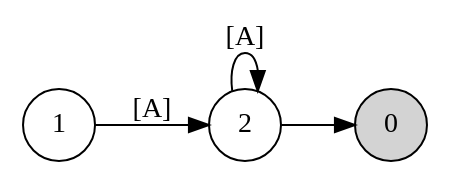
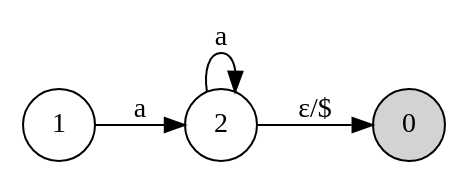
The diagram in doc/dot/classplus.dot (rdentato/yrx), drawn with Graphviz before and after one commit. The commit also changed 8 other files, not shown here.

```diff
--- a/doc/dot/classplus.dot
+++ b/doc/dot/classplus.dot
@@ -1,8 +1,8 @@
 digraph finite_state_machine {
         rankdir=LR;
         node [shape = circle];
         0 [  style= filled, label = "0"] ;
-        1 -> 2 [ label = "[A]" ] ;
-        2 -> 2 [ label = "[A]" ] ;
-        2 -> 0 [ label = "" ] ;
+        1 -> 2 [ label = "a" ] ;
+        2 -> 2 [ label = "a" ] ;
+        2 -> 0 [ label = "&epsilon;/$" ] ;
 }
```
